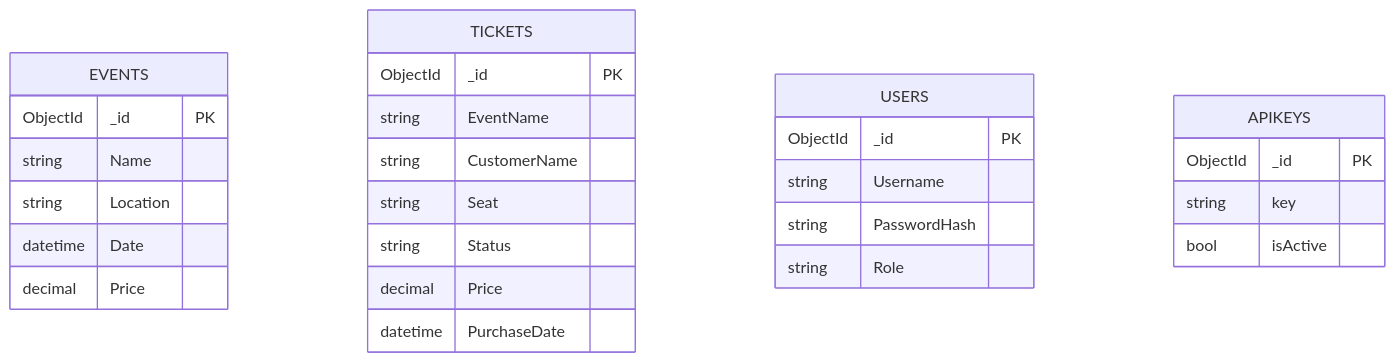
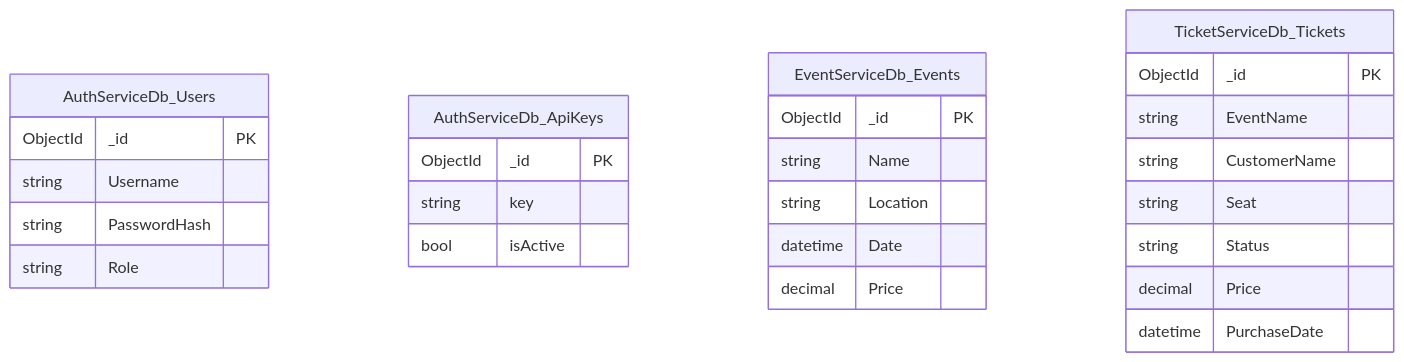
Before and after one commit to UguralpKivanc/BiletProje: the third of 4 diagrams in README.md, drawn with Mermaid. The commit also changed other lines of this file, not shown here.

````diff
--- a/README.md
+++ b/README.md
@@ -88,33 +134,33 @@
 ```mermaid
 erDiagram
-    EVENTS {
+    AuthServiceDb_Users {
         ObjectId _id PK
-        string Name
-        string Location
-        datetime Date
-        decimal Price
+        string   Username
+        string   PasswordHash
+        string   Role
     }
 
-    TICKETS {
+    AuthServiceDb_ApiKeys {
         ObjectId _id PK
-        string EventName
-        string CustomerName
-        string Seat
-        string Status
-        decimal Price
+        string   key
+        bool     isActive
+    }
+
+    EventServiceDb_Events {
+        ObjectId _id    PK
+        string   Name
+        string   Location
+        datetime Date
+        decimal  Price
+    }
+
+    TicketServiceDb_Tickets {
+        ObjectId _id          PK
+        string   EventName
+        string   CustomerName
+        string   Seat
+        string   Status
+        decimal  Price
         datetime PurchaseDate
     }
-
-    USERS {
-        ObjectId _id PK
-        string Username
-        string PasswordHash
-        string Role
-    }
-
-    APIKEYS {
-        ObjectId _id PK
-        string key
-        bool isActive
-    }
 ```
````
